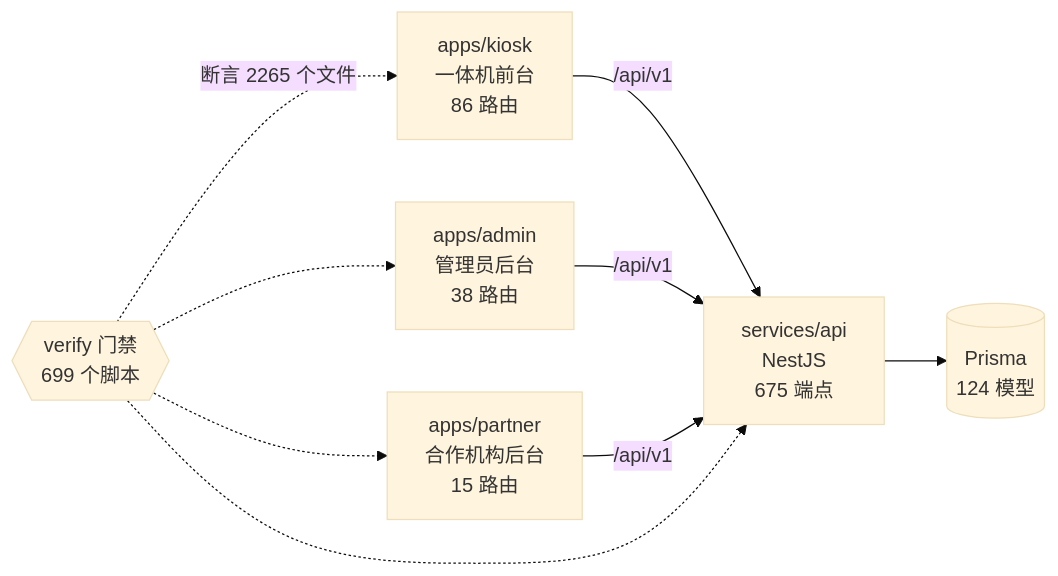
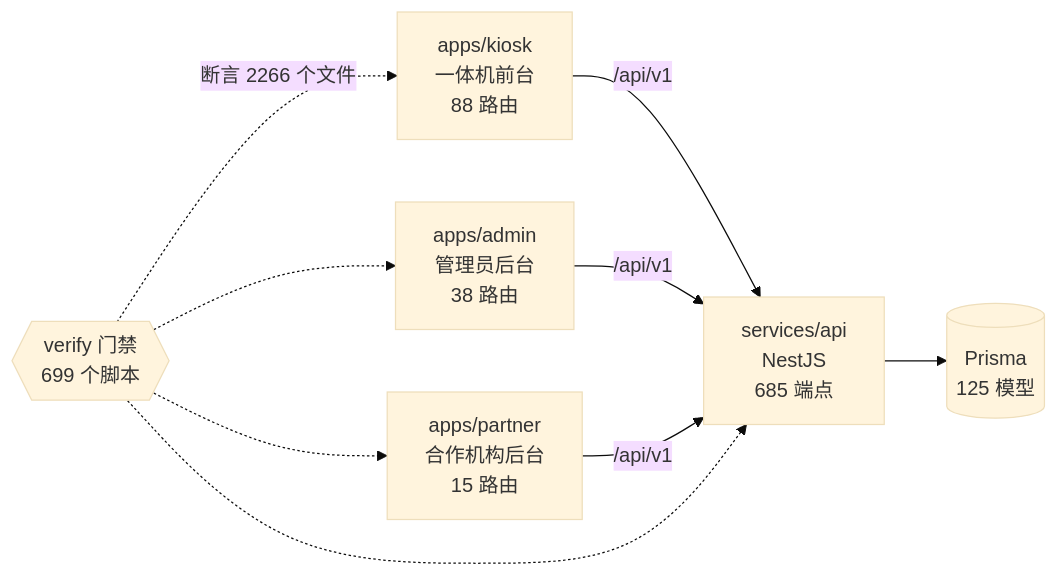
Before and after one commit to wanglei581/YITIJI: the diagram in docs/graph/README.md, drawn with Mermaid (base theme). The commit also changed other lines of this file and 6 other files, not shown here.

First line of the commit message:
图谱按开票第一包代码重生

````diff
--- a/docs/graph/README.md
+++ b/docs/graph/README.md
@@ -68,18 +68,18 @@
 ```mermaid
 flowchart LR
-  kiosk["apps/kiosk<br/>一体机前台<br/>86 路由"]
+  kiosk["apps/kiosk<br/>一体机前台<br/>88 路由"]
   admin["apps/admin<br/>管理员后台<br/>38 路由"]
   partner["apps/partner<br/>合作机构后台<br/>15 路由"]
-  api["services/api<br/>NestJS<br/>675 端点"]
-  db[("Prisma<br/>124 模型")]
+  api["services/api<br/>NestJS<br/>685 端点"]
+  db[("Prisma<br/>125 模型")]
   gates{{"verify 门禁<br/>699 个脚本"}}
 
   kiosk -->|"/api/v1"| api
   admin -->|"/api/v1"| api
   partner -->|"/api/v1"| api
   api --> db
-  gates -.->|"断言 2265 个文件"| kiosk
+  gates -.->|"断言 2266 个文件"| kiosk
   gates -.-> admin
   gates -.-> partner
   gates -.-> api
 ```
````
